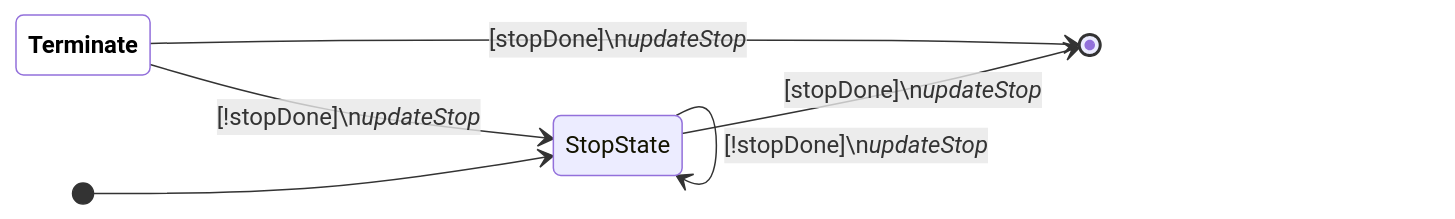
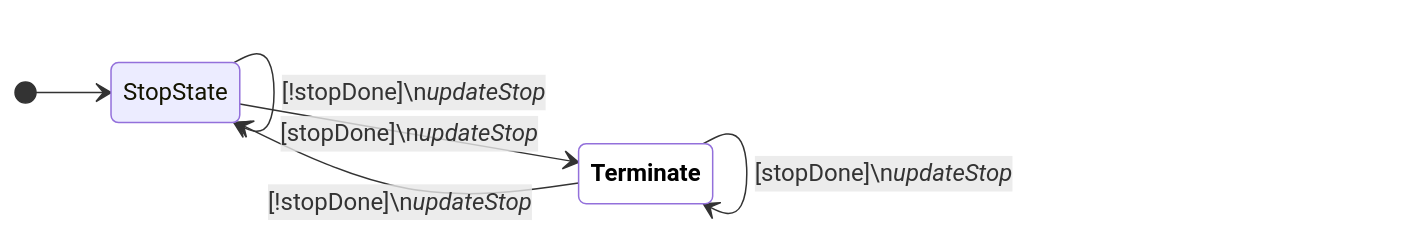
One commit to UBC-Thunderbots/Software changed diagram 14 of 16 in docs/fsm-diagrams.md. Above: the diagram before and after it, drawn with Mermaid. The commit also changed other lines of this file and 1 other file, not shown here.

Commit message:
Combine end and terminate state

````diff
--- a/docs/fsm-diagrams.md
+++ b/docs/fsm-diagrams.md
@@ -246,12 +246,12 @@
 ```mermaid
 
 stateDiagram-v2
 classDef terminate fill:white,color:black,font-weight:bold
 direction LR
 [*] --> StopState
 StopState --> StopState : [!stopDone]\n<i>updateStop</i>
-StopState --> [*] : [stopDone]\n<i>updateStop</i>
+StopState --> Terminate:::terminate : [stopDone]\n<i>updateStop</i>
 Terminate:::terminate --> StopState : [!stopDone]\n<i>updateStop</i>
-Terminate:::terminate --> [*] : [stopDone]\n<i>updateStop</i>
+Terminate:::terminate --> Terminate:::terminate : [stopDone]\n<i>updateStop</i>
 
 ```
````
